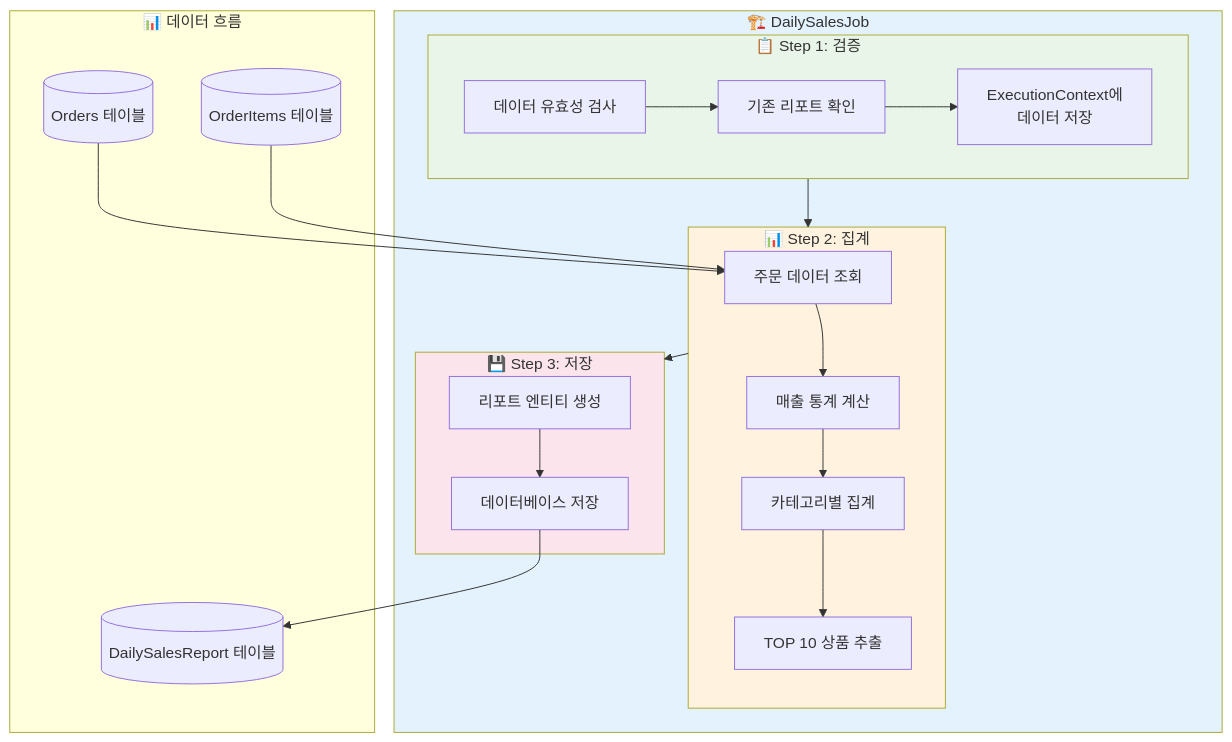
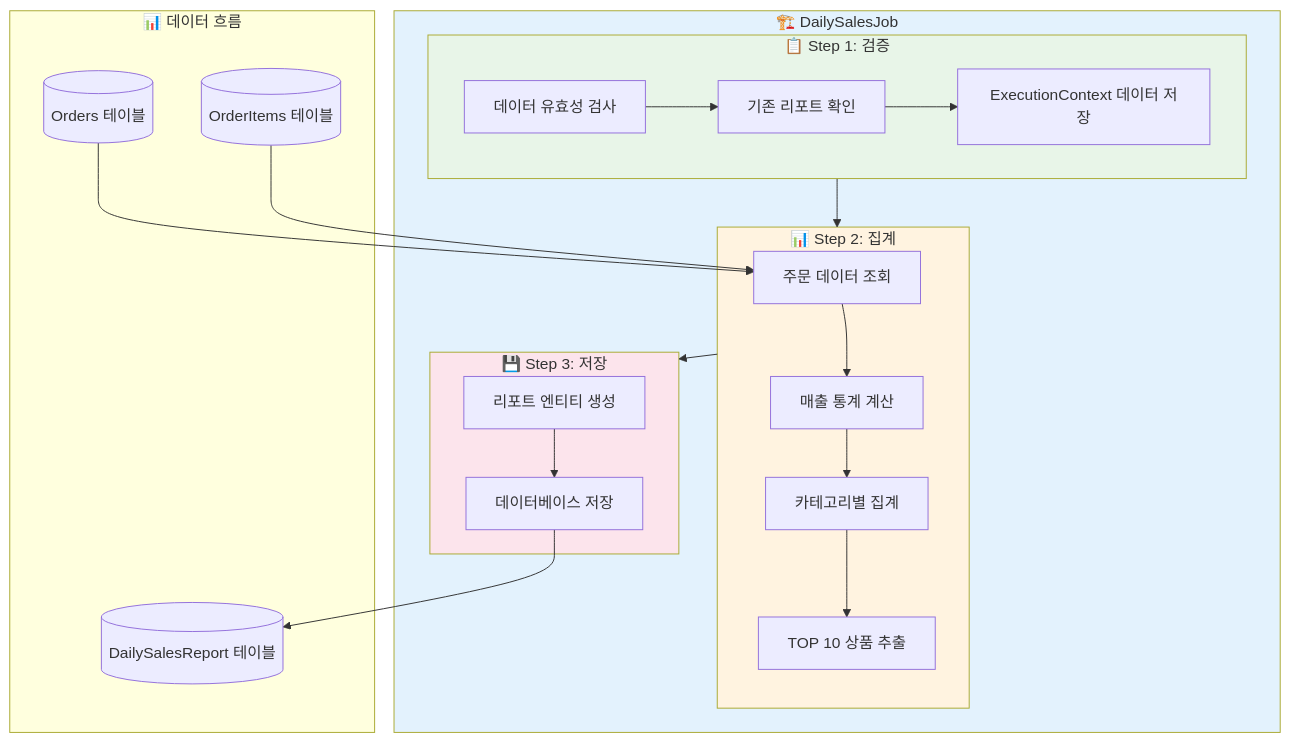
One commit to Jonny-Cho/jonny-cho.github.io changed the first of 4 diagrams in content/spring/2025-07-27-spring-batch-chapter2-hello-spring-batch.md. Above: the diagram before and after it, drawn with Mermaid.

Commit message:
fix: Mermaid 다이어그램 텍스트 표시 문제 해결
- 줄바꿈 처리가 안되는 문제로 한 줄로 간소화
- 'ExecutionContext 데이터 저장'으로 명확하게 표시

````diff
--- a/content/spring/2025-07-27-spring-batch-chapter2-hello-spring-batch.md
+++ b/content/spring/2025-07-27-spring-batch-chapter2-hello-spring-batch.md
@@ -155,44 +155,43 @@
 ```mermaid
 graph TB
     subgraph DailySalesJob ["🏗️ DailySalesJob"]
         subgraph ValidationStep ["📋 Step 1: 검증"]
             V1[데이터 유효성 검사]
             V2[기존 리포트 확인]
-            V3["ExecutionContext에
-            데이터 저장"]
+            V3[ExecutionContext 데이터 저장]
             V1 --> V2 --> V3
         end
         
         subgraph AggregationStep ["📊 Step 2: 집계"]
             A1[주문 데이터 조회]
             A2[매출 통계 계산]
             A3[카테고리별 집계]
             A4[TOP 10 상품 추출]
             A1 --> A2 --> A3 --> A4
         end
         
         subgraph ReportStep ["💾 Step 3: 저장"]
             R1[리포트 엔티티 생성]
             R2[데이터베이스 저장]
             R1 --> R2
         end
         
         ValidationStep --> AggregationStep
         AggregationStep --> ReportStep
     end
     
     subgraph DataFlow ["📊 데이터 흐름"]
         Orders[(Orders 테이블)] 
         OrderItems[(OrderItems 테이블)]
         Reports[(DailySalesReport 테이블)]
         
         Orders --> A1
         OrderItems --> A1
         R2 --> Reports
     end
     
     style DailySalesJob fill:#e3f2fd
     style ValidationStep fill:#e8f5e8
     style AggregationStep fill:#fff3e0
     style ReportStep fill:#fce4ec
 ```
````
